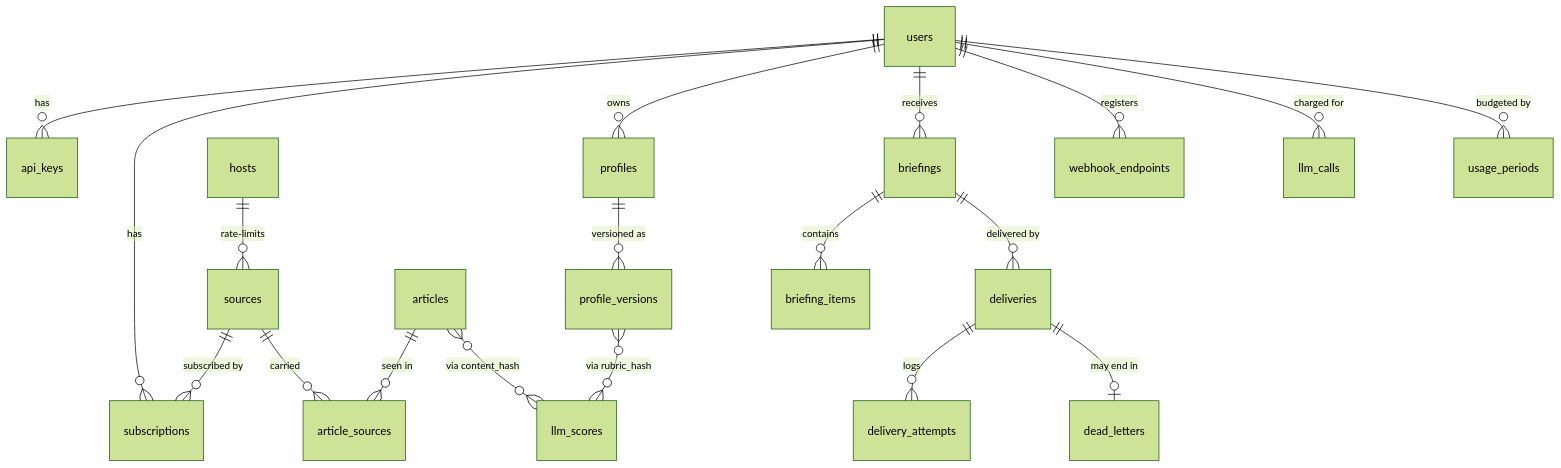
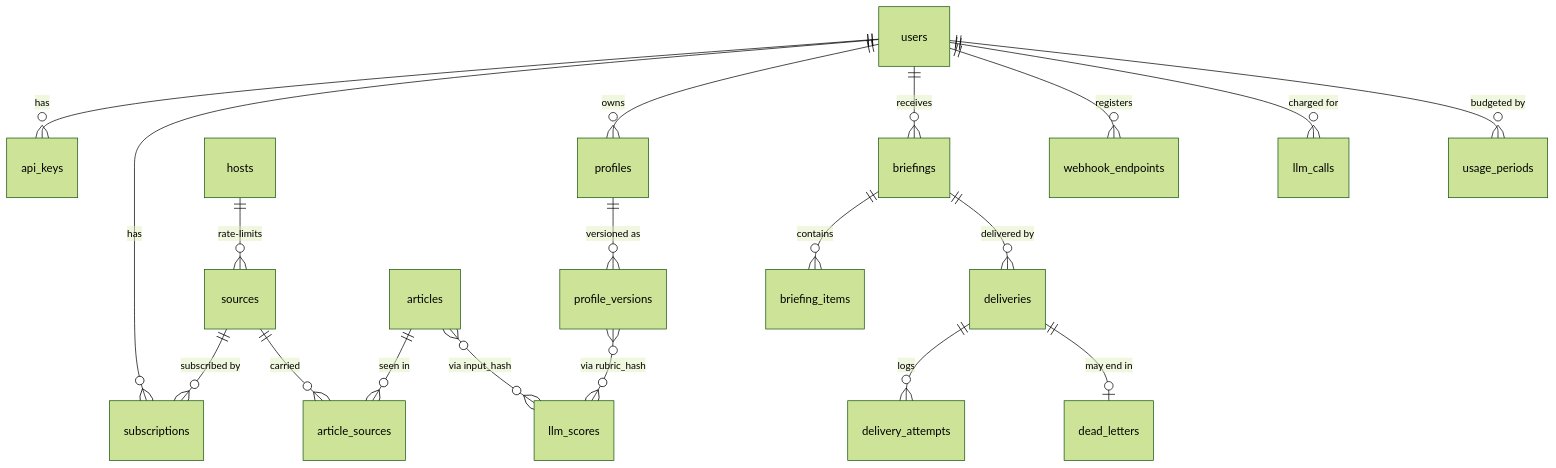
Before and after one commit to simonoconnordev/briefing-engine: the third of 3 diagrams in docs/plan.md, drawn with Mermaid (forest theme). The commit also changed other lines of this file, not shown here.

````diff
--- a/docs/plan.md
+++ b/docs/plan.md
@@ -167,21 +180,21 @@
 ```mermaid
 erDiagram
     users ||--o{ api_keys : has
     users ||--o{ subscriptions : has
     sources ||--o{ subscriptions : "subscribed by"
     users ||--o{ profiles : owns
     profiles ||--o{ profile_versions : "versioned as"
     sources ||--o{ article_sources : carried
     articles ||--o{ article_sources : "seen in"
     hosts ||--o{ sources : "rate-limits"
-    articles }o--o{ llm_scores : "via content_hash"
+    articles }o--o{ llm_scores : "via input_hash"
     profile_versions }o--o{ llm_scores : "via rubric_hash"
     users ||--o{ briefings : receives
     briefings ||--o{ briefing_items : contains
     users ||--o{ webhook_endpoints : registers
     briefings ||--o{ deliveries : "delivered by"
     deliveries ||--o{ delivery_attempts : logs
     deliveries ||--o| dead_letters : "may end in"
     users ||--o{ llm_calls : "charged for"
     users ||--o{ usage_periods : "budgeted by"
 ```
````
